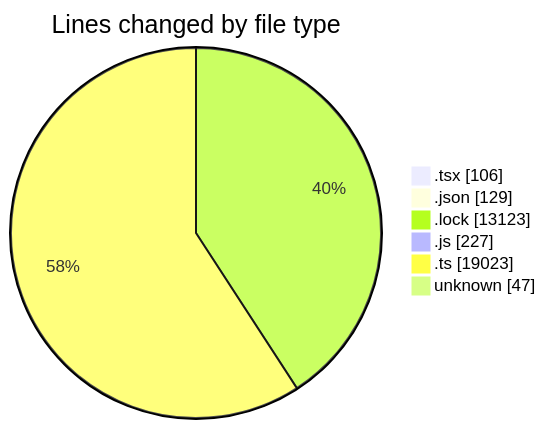
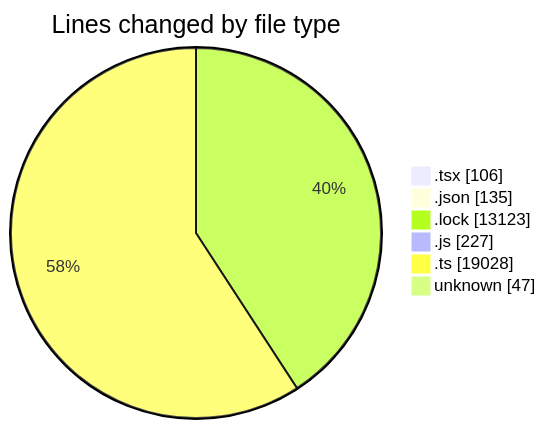
Before and after one commit to momahboobian/code-tracking: the first of 2 diagrams in 2025-09-03/cda/README.md, drawn with Mermaid. The commit also changed other lines of this file and 1 other file, not shown here.

````diff
--- a/2025-09-03/cda/README.md
+++ b/2025-09-03/cda/README.md
@@ -38,10 +38,10 @@
 ```mermaid
 pie showData
 title Lines changed by file type
 ".tsx" : 106
-".json" : 129
+".json" : 135
 ".lock" : 13123
 ".js" : 227
-".ts" : 19023
+".ts" : 19028
 "unknown" : 47
 ```
````
